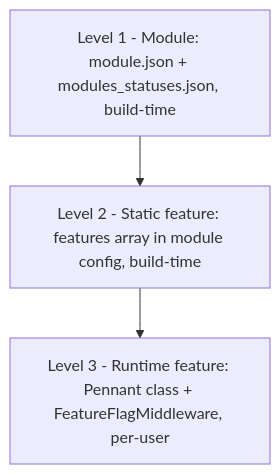
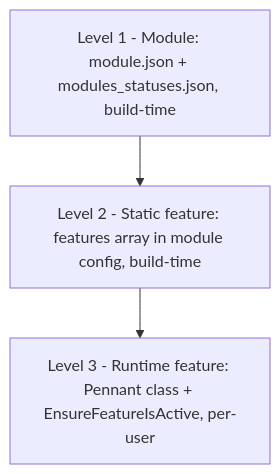
Before and after one commit to thomiOmi/laravel-starterkit-api: the sixth of 7 diagrams in docs/architecture.md, drawn with Mermaid. The commit also changed other lines of this file and 36 other files, not shown here.

````diff
--- a/docs/architecture.md
+++ b/docs/architecture.md
@@ -794,7 +794,7 @@
 ```mermaid
 flowchart TB
     L1["Level 1 - Module: module.json + modules_statuses.json, build-time"]
     L2["Level 2 - Static feature: features array in module config, build-time"]
-    L3["Level 3 - Runtime feature: Pennant class + FeatureFlagMiddleware, per-user"]
+    L3["Level 3 - Runtime feature: Pennant class + EnsureFeatureIsActive, per-user"]
     L1 --> L2 --> L3
 ```
````
